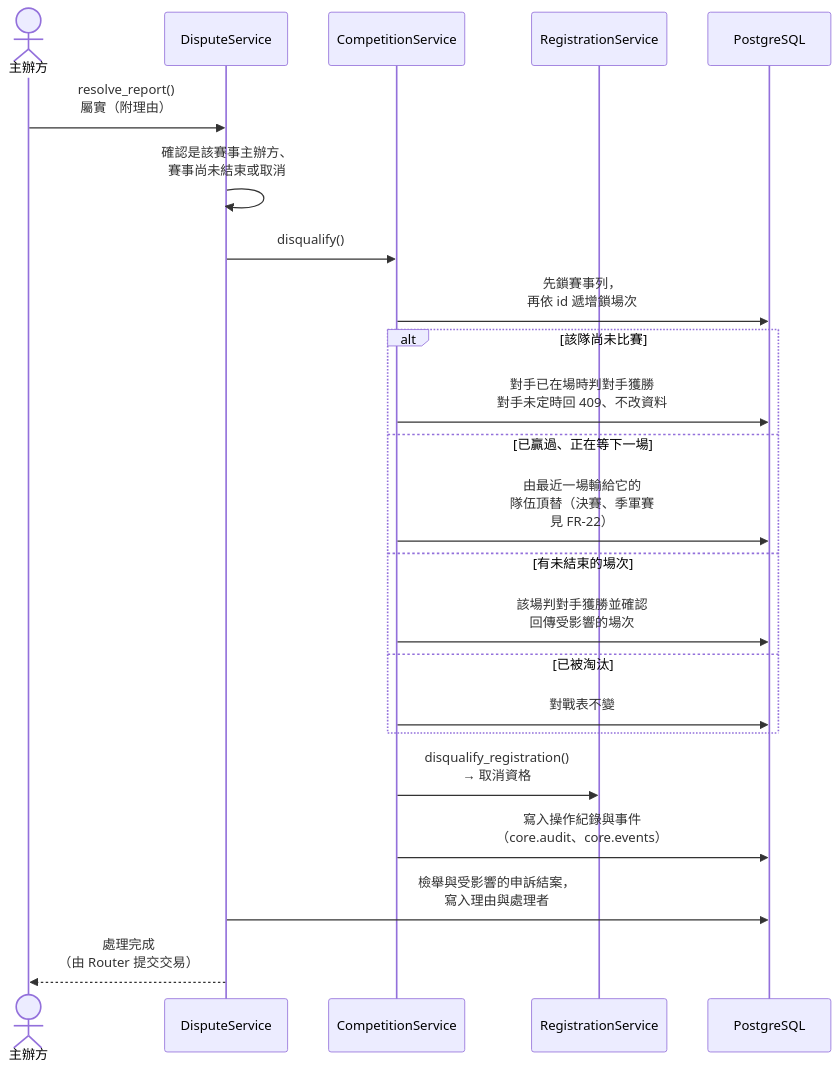
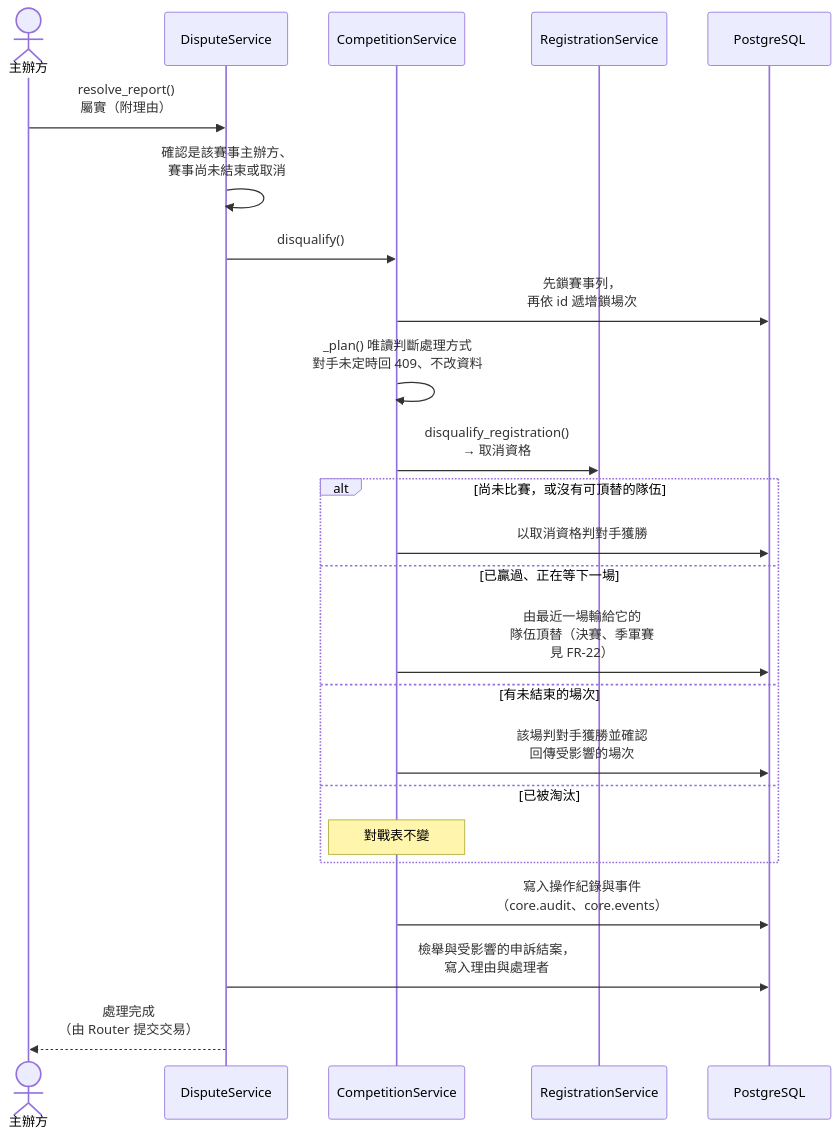
Diagram 15 of 15 in docs/midterm/D-物件設計文件.md (Team14good/esport-platform), drawn with Mermaid before and after one commit. The commit also changed other lines of this file and 13 other files, not shown here.

````diff
--- a/docs/midterm/D-物件設計文件.md
+++ b/docs/midterm/D-物件設計文件.md
@@ -794,25 +794,26 @@
 ```mermaid
 sequenceDiagram
   actor Org as 主辦方
   participant D as DisputeService
   participant C as CompetitionService
   participant RS as RegistrationService
   participant DB as PostgreSQL
   Org->>D: resolve_report()<br/>屬實（附理由）
   D->>D: 確認是該賽事主辦方、<br/>賽事尚未結束或取消
   D->>C: disqualify()
   C->>DB: 先鎖賽事列，<br/>再依 id 遞增鎖場次
-  alt 該隊尚未比賽
-    C->>DB: 對手已在場時判對手獲勝<br/>對手未定時回 409、不改資料
+  C->>C: _plan() 唯讀判斷處理方式<br/>對手未定時回 409、不改資料
+  C->>RS: disqualify_registration()<br/>→ 取消資格
+  alt 尚未比賽，或沒有可頂替的隊伍
+    C->>DB: 以取消資格判對手獲勝
   else 已贏過、正在等下一場
     C->>DB: 由最近一場輸給它的<br/>隊伍頂替（決賽、季軍賽<br/>見 FR-22）
   else 有未結束的場次
     C->>DB: 該場判對手獲勝並確認<br/>回傳受影響的場次
   else 已被淘汰
-    C->>DB: 對戰表不變
+    Note over C: 對戰表不變
   end
-  C->>RS: disqualify_registration()<br/>→ 取消資格
   C->>DB: 寫入操作紀錄與事件<br/>（core.audit、core.events）
   D->>DB: 檢舉與受影響的申訴結案，<br/>寫入理由與處理者
   D-->>Org: 處理完成<br/>（由 Router 提交交易）
 ```
````
